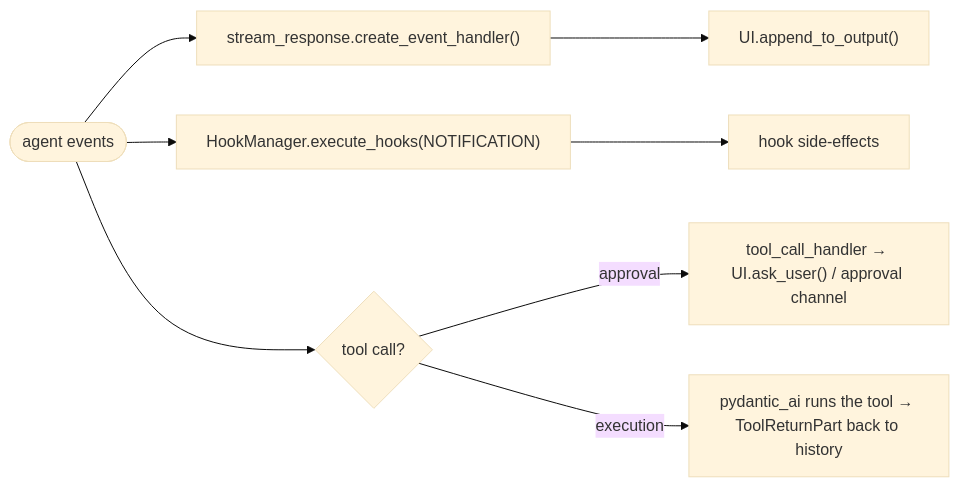
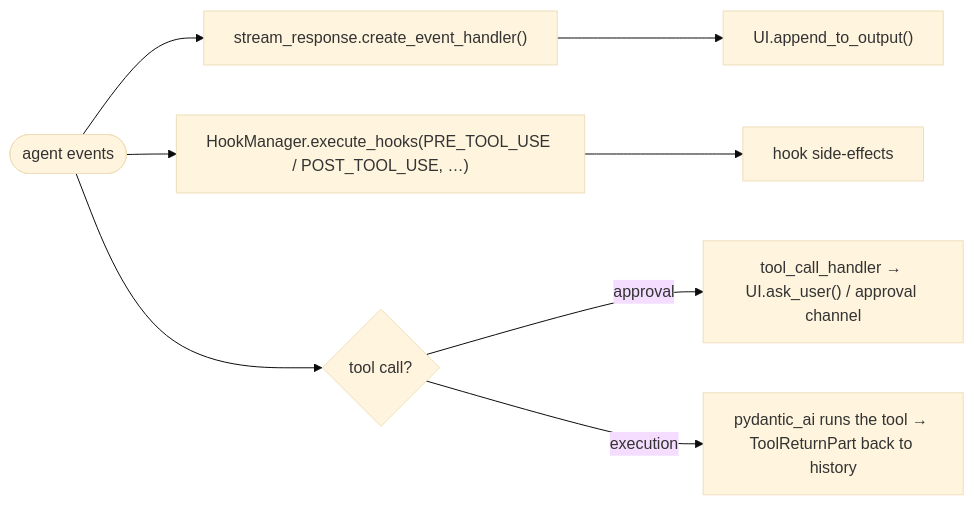
The sixth of 7 diagrams in docs/llm/llm-chat-lifecycle.md (state-alchemists/zrb), drawn with Mermaid (base theme) before and after one commit. The commit also changed other lines of this file and 97 other files, not shown here.

````diff
--- a/docs/llm/llm-chat-lifecycle.md
+++ b/docs/llm/llm-chat-lifecycle.md
@@ -126,10 +120,10 @@
 ```mermaid
 flowchart LR
     Events([agent events]) --> Stream["stream_response.create_event_handler()"]
-    Events --> Hooks["HookManager.execute_hooks(NOTIFICATION)"]
+    Events --> Hooks["HookManager.execute_hooks(PRE_TOOL_USE / POST_TOOL_USE, …)"]
     Events --> Tool{"tool call?"}
     Stream --> Out["UI.append_to_output()"]
     Hooks --> Side["hook side-effects"]
     Tool -->|approval| Handler["tool_call_handler → UI.ask_user() / approval channel"]
     Tool -->|execution| Exec["pydantic_ai runs the tool → ToolReturnPart back to history"]
 ```
````
